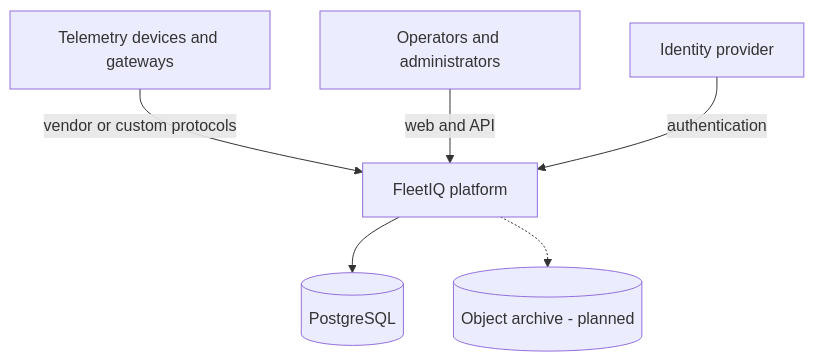
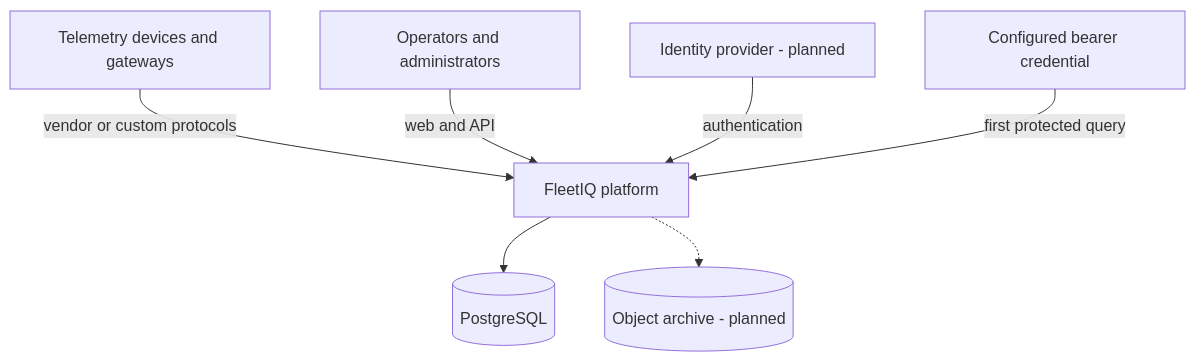
The first of 5 diagrams in docs/architecture/README.md (stanimirivanov/fleetiq-platform), drawn with Mermaid before and after one commit. The commit also changed other lines of this file and 18 other files, not shown here.

````diff
--- a/docs/architecture/README.md
+++ b/docs/architecture/README.md
@@ -14,15 +14,17 @@
 ```mermaid
 flowchart TB
     Operators[Operators and administrators]
     Devices[Telemetry devices and gateways]
-    Identity[Identity provider]
+    Identity[Identity provider - planned]
+    Credential[Configured bearer credential]
     FleetIQ[FleetIQ platform]
     Database[(PostgreSQL)]
     Archive[(Object archive - planned)]
 
     Devices -->|vendor or custom protocols| FleetIQ
     Operators -->|web and API| FleetIQ
     Identity -->|authentication| FleetIQ
+    Credential -->|first protected query| FleetIQ
     FleetIQ --> Database
     FleetIQ -.-> Archive
 ```
````
